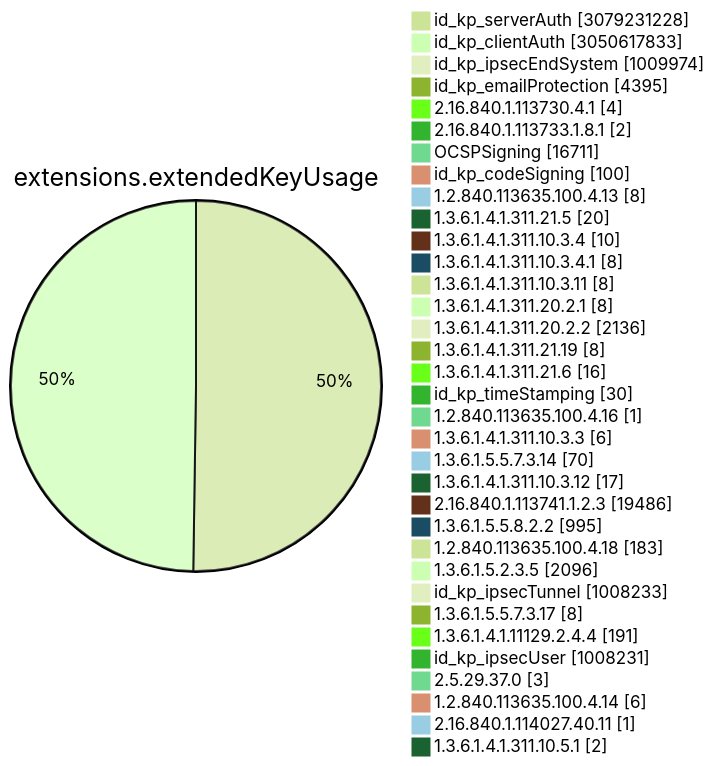
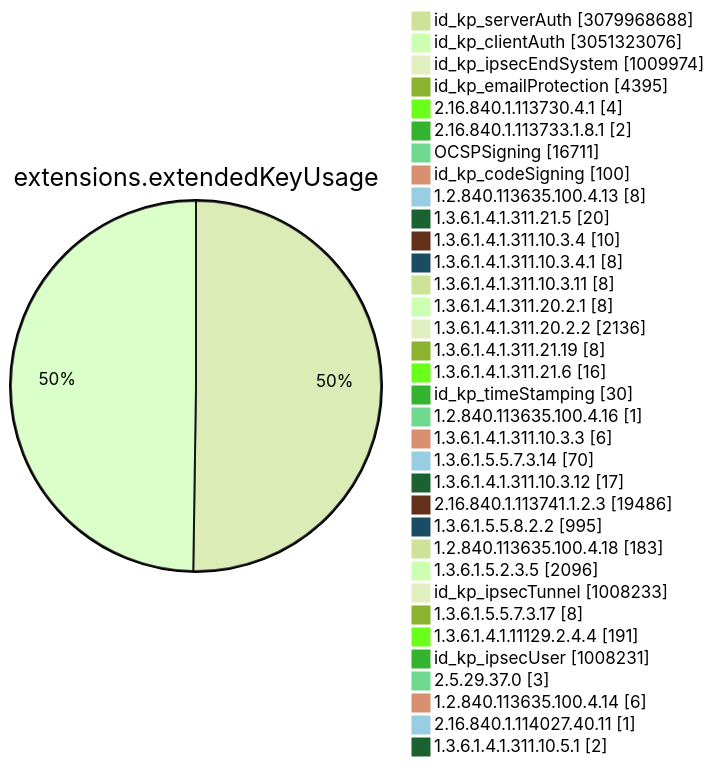
Before and after one commit to christiankrug/ctmonitor_visualization: diagram 11 of 15 in TOTAL/README.md, drawn with Mermaid (forest theme). The commit also changed other lines of this file, not shown here.

````diff
--- a/TOTAL/README.md
+++ b/TOTAL/README.md
@@ -4119,38 +4119,38 @@
 ```mermaid
 pie showData
 title extensions.extendedKeyUsage
-"id_kp_serverAuth" :3079231228
-"id_kp_clientAuth" :3050617833
+"id_kp_serverAuth" :3079968688
+"id_kp_clientAuth" :3051323076
 "id_kp_ipsecEndSystem" :1009974
 "id_kp_emailProtection" :4395
 "2.16.840.1.113730.4.1" :4
 "2.16.840.1.113733.1.8.1" :2
 "OCSPSigning" :16711
 "id_kp_codeSigning" :100
 "1.2.840.113635.100.4.13" :8
 "1.3.6.1.4.1.311.21.5" :20
 "1.3.6.1.4.1.311.10.3.4" :10
 "1.3.6.1.4.1.311.10.3.4.1" :8
 "1.3.6.1.4.1.311.10.3.11" :8
 "1.3.6.1.4.1.311.20.2.1" :8
 "1.3.6.1.4.1.311.20.2.2" :2136
 "1.3.6.1.4.1.311.21.19" :8
 "1.3.6.1.4.1.311.21.6" :16
 "id_kp_timeStamping" :30
 "1.2.840.113635.100.4.16" :1
 "1.3.6.1.4.1.311.10.3.3" :6
 "1.3.6.1.5.5.7.3.14" :70
 "1.3.6.1.4.1.311.10.3.12" :17
 "2.16.840.1.113741.1.2.3" :19486
 "1.3.6.1.5.5.8.2.2" :995
 "1.2.840.113635.100.4.18" :183
 "1.3.6.1.5.2.3.5" :2096
 "id_kp_ipsecTunnel" :1008233
 "1.3.6.1.5.5.7.3.17" :8
 "1.3.6.1.4.1.11129.2.4.4" :191
 "id_kp_ipsecUser" :1008231
 "2.5.29.37.0" :3
 "1.2.840.113635.100.4.14" :6
 "2.16.840.1.114027.40.11" :1
 "1.3.6.1.4.1.311.10.5.1" :2
 ```
````
